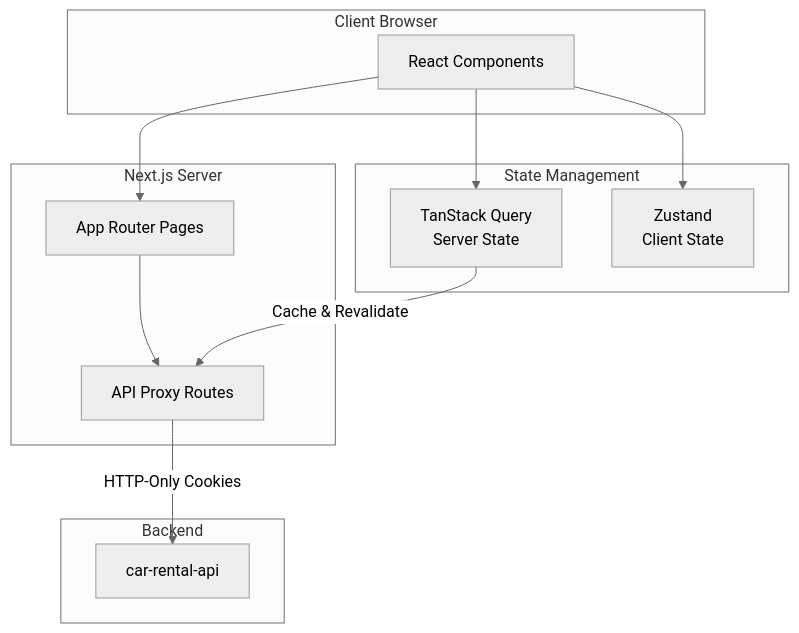
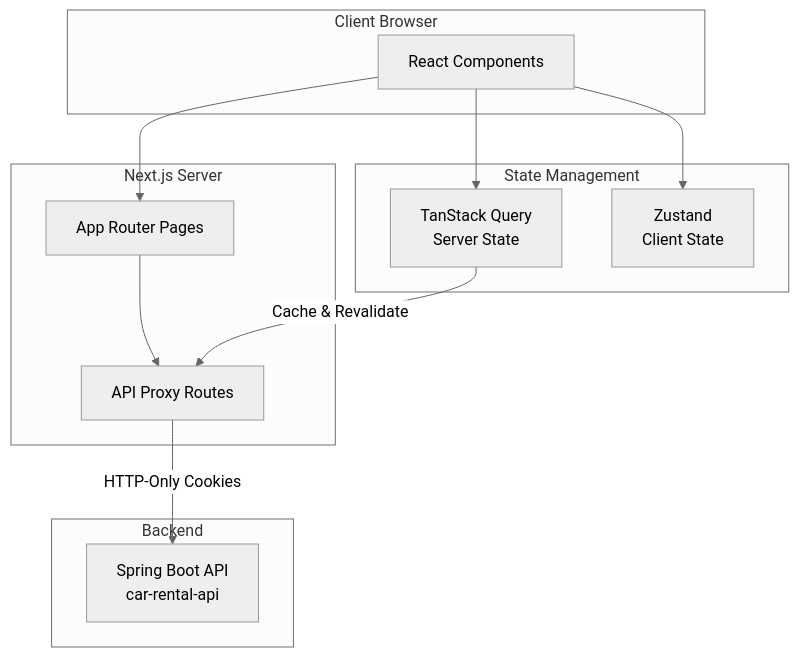
One commit to TheOdrig/car-rental-web changed the diagram in README.md. Above: the diagram before and after it, drawn with Mermaid (neutral theme). The commit also changed other lines of this file and 7 other files, not shown here.

Commit message:
docs: finalize README with screenshots and architecture roadmap

````diff
--- a/README.md
+++ b/README.md
@@ -34,27 +98,27 @@
 ```mermaid
 graph TD
     subgraph Client Browser
         UI[React Components]
     end
     
     subgraph Next.js Server
         Pages[App Router Pages]
         Proxy[API Proxy Routes]
         Pages --> Proxy
     end
     
     subgraph State Management
         TQ[TanStack Query<br/>Server State]
         ZS[Zustand<br/>Client State]
     end
     
     subgraph Backend
-        API[car-rental-api]
+        API[Spring Boot API<br/>car-rental-api]
     end
     
     UI --> Pages
     UI --> TQ
     UI --> ZS
     Proxy -->|HTTP-Only Cookies| API
     TQ -->|Cache & Revalidate| Proxy
 ```
````
